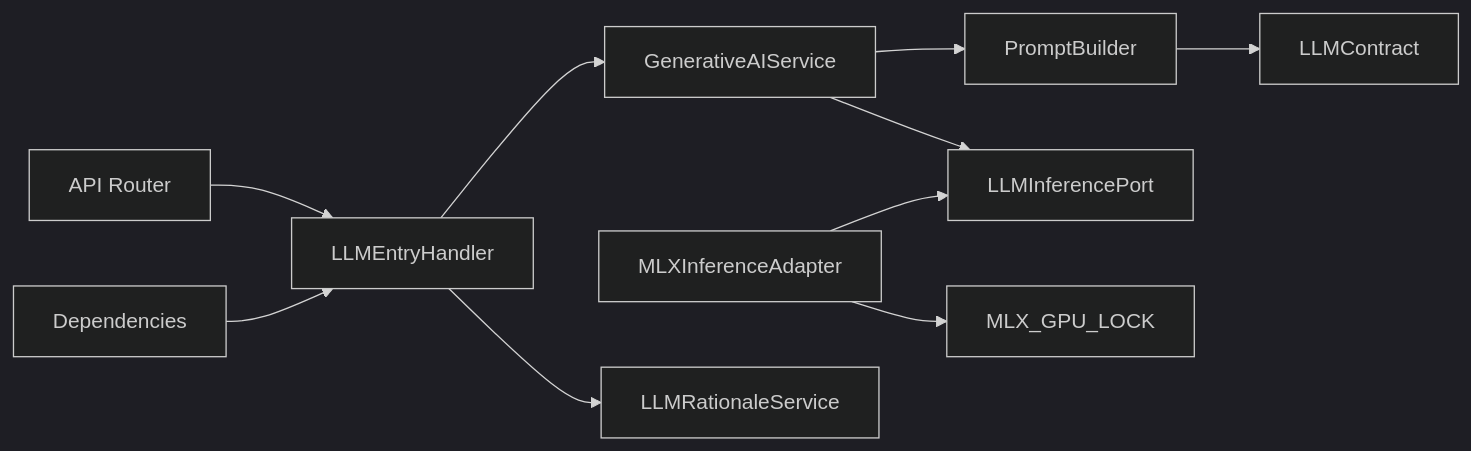
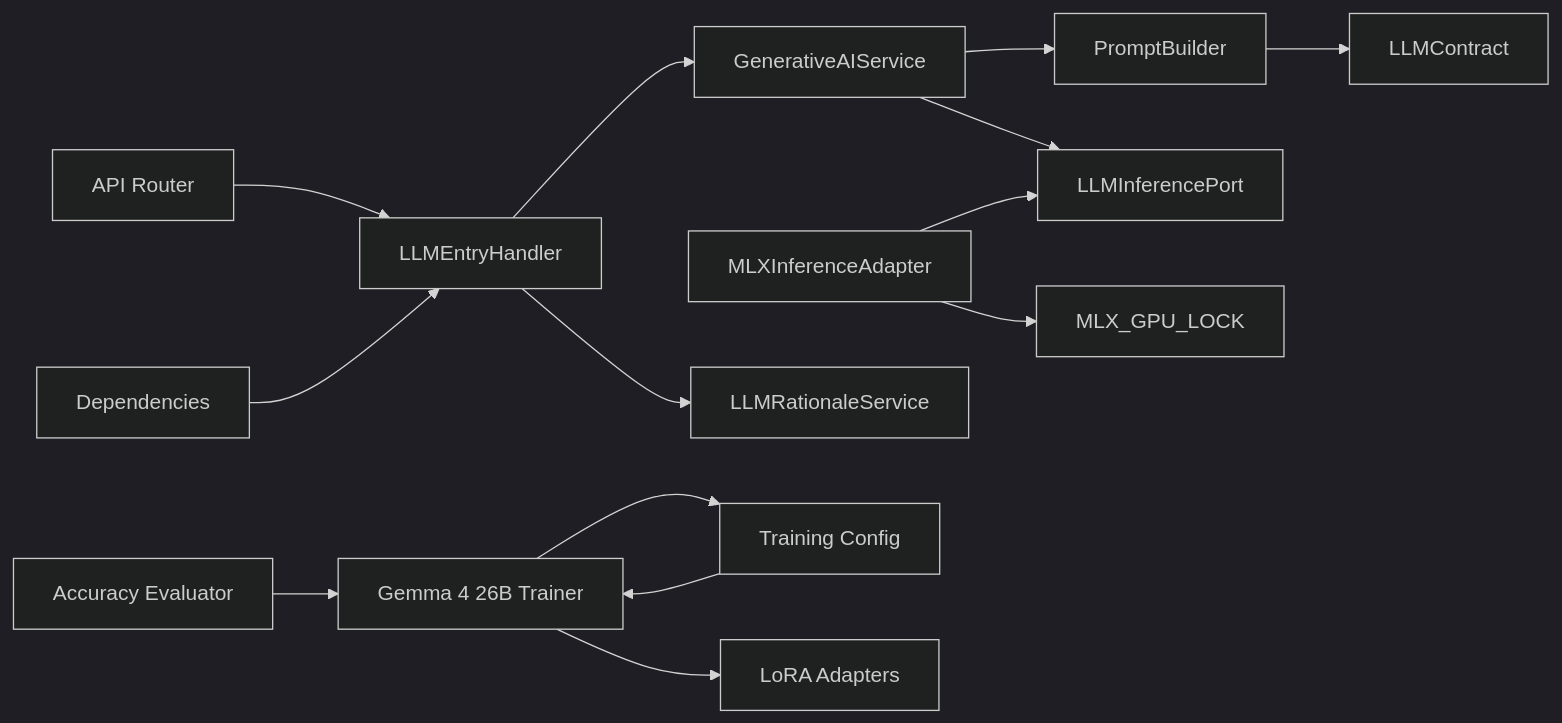
Before and after one commit to gemrajkhatry-maker/v5-of-glassytrade-ai: diagram 11 of 14 in .qoder/repowiki/en/content/Backend Application/Domain Services/AI Inference System.md, drawn with Mermaid (dark theme). The commit also changed other lines of this file and 930 other files, not shown here.

````diff
--- a/.qoder/repowiki/en/content/Backend Application/Domain Services/AI Inference System.md
+++ b/.qoder/repowiki/en/content/Backend Application/Domain Services/AI Inference System.md
@@ -347,12 +533,16 @@
 ```mermaid
 graph LR
 GAI["GenerativeAIService"] --> PB["PromptBuilder"]
 GAI --> PORT["LLMInferencePort"]
 PB --> LLMC["LLMContract"]
 MIA["MLXInferenceAdapter"] --> PORT
 MIA --> LOCK["MLX_GPU_LOCK"]
 LEH["LLMEntryHandler"] --> GAI
 LEH --> LRS["LLMRationaleService"]
 API["API Router"] --> LEH
 DEPS["Dependencies"] --> LEH
+TRAINER["Gemma 4 26B Trainer"] --> CONFIG["Training Config"]
+TRAINER --> ADAPTER["LoRA Adapters"]
+EVAL["Accuracy Evaluator"] --> TRAINER
+CONFIG --> TRAINER
 ```
````
